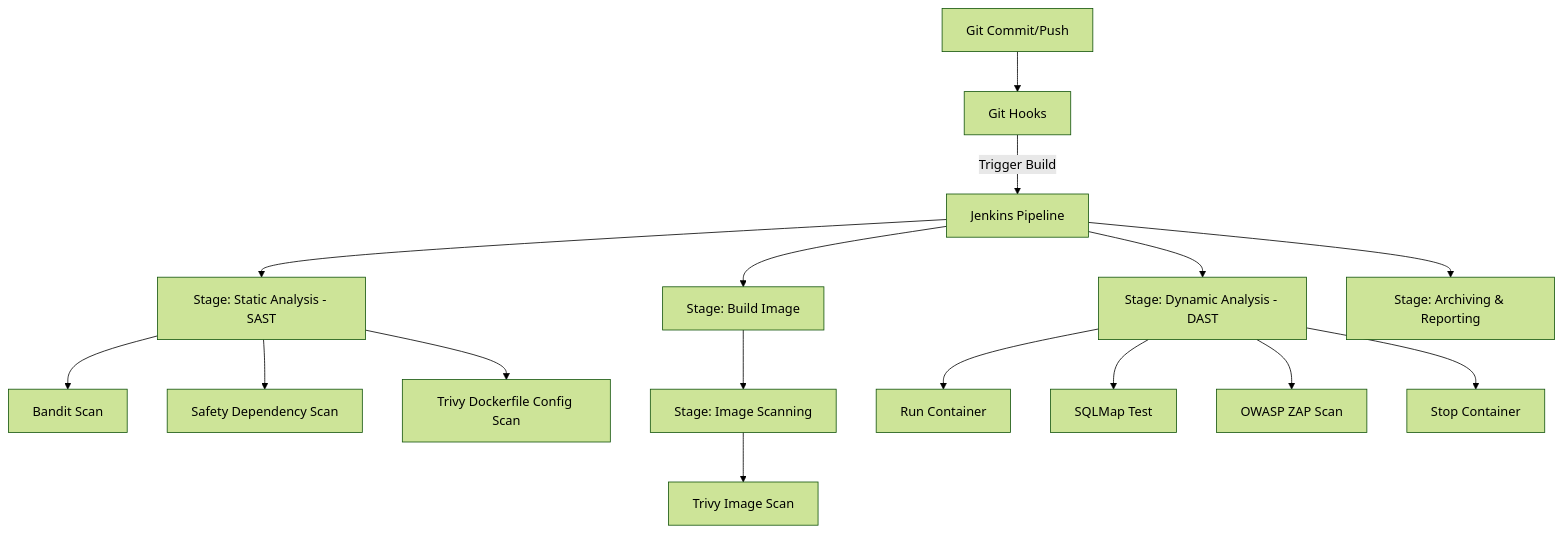
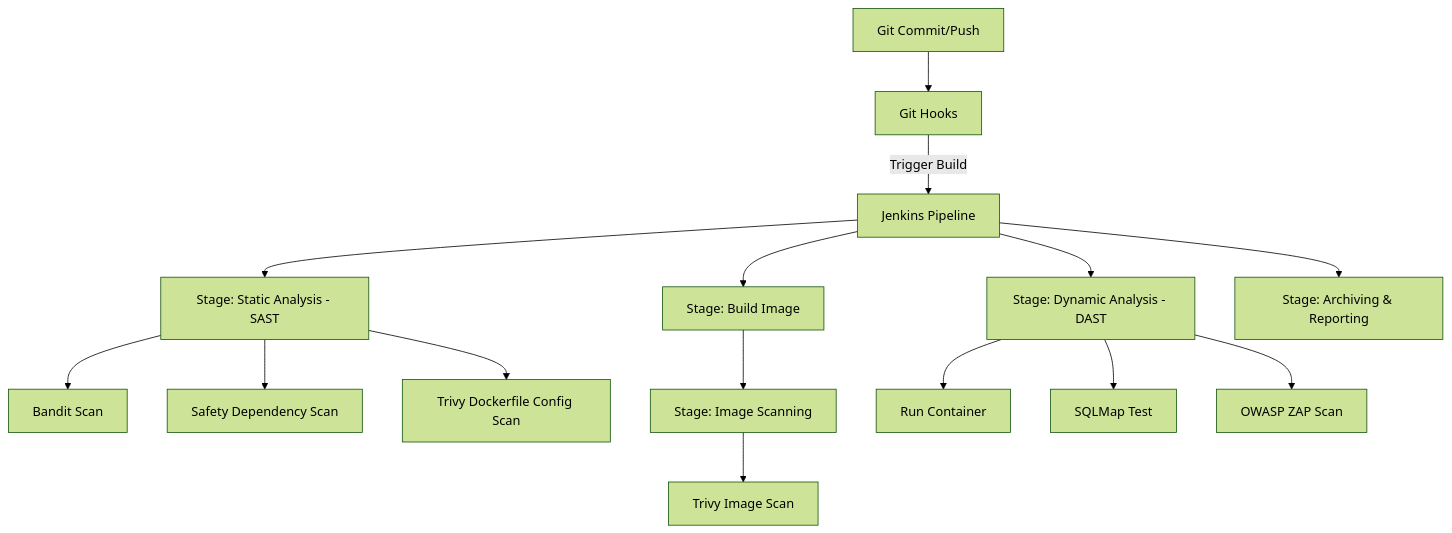
Before and after one commit to xKostmand/devsecops-pipeline: the diagram in Τεχνική_Αναφορά.md, drawn with Mermaid (forest theme). The commit also changed other lines of this file, not shown here.

````diff
--- a/Τεχνική_Αναφορά.md
+++ b/Τεχνική_Αναφορά.md
@@ -23,18 +23,17 @@
 ```mermaid
 graph TD
     A[Git Commit/Push] --> B[Git Hooks]
     B -->|Trigger Build| C[Jenkins Pipeline]
     C --> D[Stage: Static Analysis - SAST]
     D --> D1[Bandit Scan]
     D --> D2[Safety Dependency Scan]
     D --> D3[Trivy Dockerfile Config Scan]
     C --> E[Stage: Build Image]
     E --> F[Stage: Image Scanning]
     F --> F1[Trivy Image Scan]
     C --> G[Stage: Dynamic Analysis - DAST]
     G --> G1[Run Container]
     G --> G2[SQLMap Test]
     G --> G3[OWASP ZAP Scan]
-    G --> G4[Stop Container]
     C --> H[Stage: Archiving & Reporting]
 ```
````
